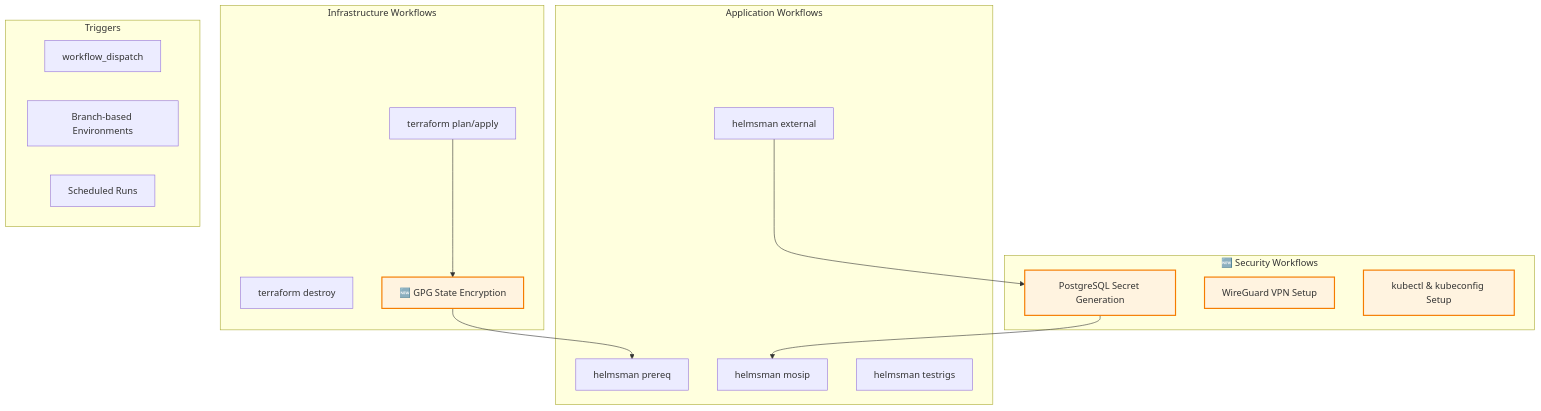
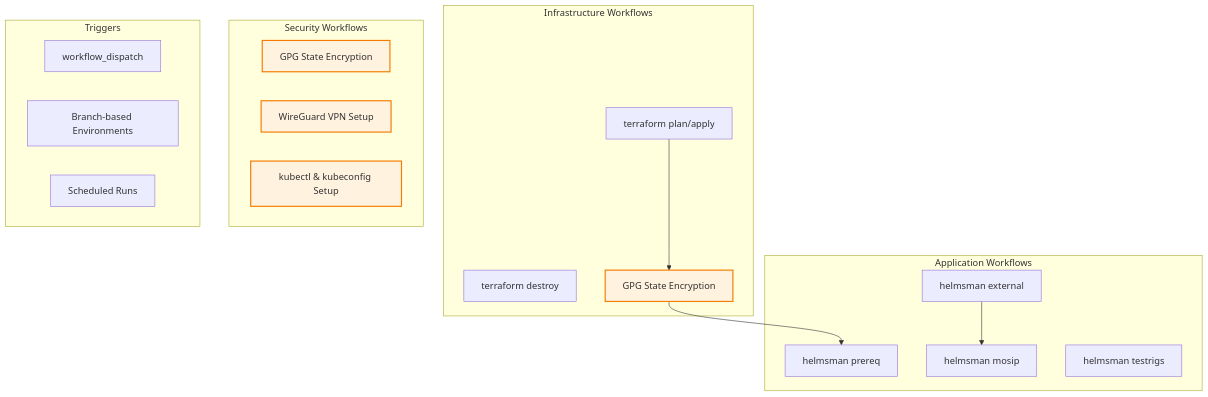
The fourth of 7 diagrams in docs/RAPID_DEPLOYMENT_ARCHITECTURE.md (mosip/infra), drawn with Mermaid before and after one commit. The commit also changed other lines of this file and 18 other files, not shown here.

````diff
--- a/docs/RAPID_DEPLOYMENT_ARCHITECTURE.md
+++ b/docs/RAPID_DEPLOYMENT_ARCHITECTURE.md
@@ -143,35 +162,34 @@
 ```mermaid
 graph TB
     subgraph "Infrastructure Workflows"
         TF_PLAN[terraform plan/apply]
         TF_DESTROY[terraform destroy]
-        GPG_ENCRYPT[🆕 GPG State Encryption]
+        GPG_ENCRYPT[GPG State Encryption]
     end
     
     subgraph "Application Workflows"
         HELM_PREREQ[helmsman prereq]
         HELM_EXT[helmsman external]
         HELM_MOSIP[helmsman mosip]
         HELM_TEST[helmsman testrigs]
     end
     
-    subgraph "🆕 Security Workflows"
-        PG_SECRETS[PostgreSQL Secret Generation]
+    subgraph "Security Workflows"
+        GPG_ENCRYPT_ONLY[GPG State Encryption]
         WG_SETUP[WireGuard VPN Setup]
         KUBECTL_SETUP[kubectl & kubeconfig Setup]
     end
     
     subgraph "Triggers"
         MANUAL[workflow_dispatch]
         BRANCH[Branch-based Environments]
         SCHEDULE[Scheduled Runs]
     end
     
     TF_PLAN --> GPG_ENCRYPT
     GPG_ENCRYPT --> HELM_PREREQ
-    HELM_EXT --> PG_SECRETS
-    PG_SECRETS --> HELM_MOSIP
+    HELM_EXT --> HELM_MOSIP
     
     classDef new fill:#fff3e0,stroke:#f57c00,stroke-width:2px
-    class GPG_ENCRYPT,PG_SECRETS,WG_SETUP,KUBECTL_SETUP new
+    class GPG_ENCRYPT,GPG_ENCRYPT_ONLY,WG_SETUP,KUBECTL_SETUP new
 ```
````
